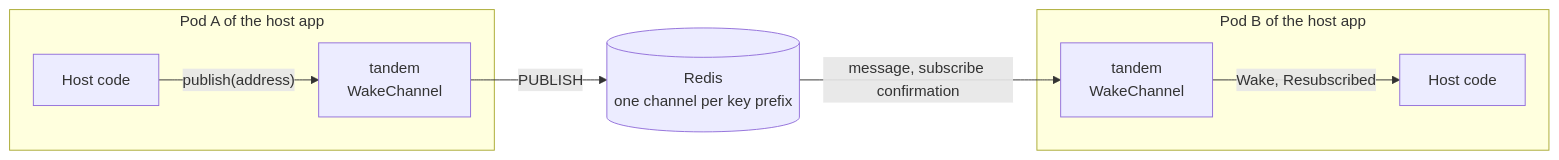
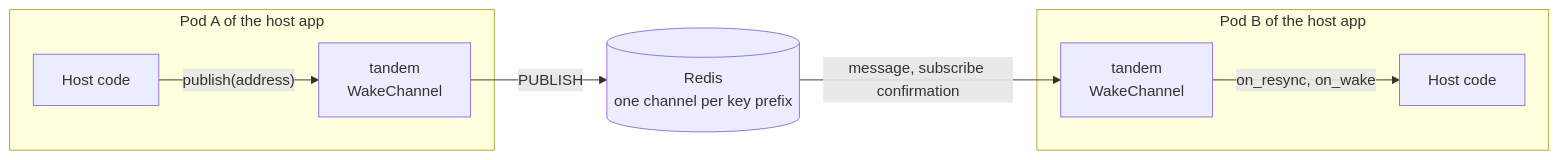
The first of 5 diagrams in docs/ARCHITECTURE.md (overnightworks/tandem), drawn with Mermaid before and after one commit. The commit also changed other lines of this file and 16 other files, not shown here.

First line of the commit message:
tandem 0.9.0: WakeChannel.following owns the host's wake loop (#44)

````diff
--- a/docs/ARCHITECTURE.md
+++ b/docs/ARCHITECTURE.md
@@ -8,11 +8,11 @@
 ```mermaid
 flowchart LR
     subgraph podA["Pod A of the host app"]
         hostA["Host code"] -- "publish(address)" --> tandemA["tandem<br/>WakeChannel"]
     end
     subgraph podB["Pod B of the host app"]
-        tandemB["tandem<br/>WakeChannel"] -- "Wake, Resubscribed" --> hostB["Host code"]
+        tandemB["tandem<br/>WakeChannel"] -- "on_resync, on_wake" --> hostB["Host code"]
     end
     tandemA -- "PUBLISH" --> redis[("Redis<br/>one channel per key prefix")]
     redis -- "message, subscribe confirmation" --> tandemB
 ```
````
